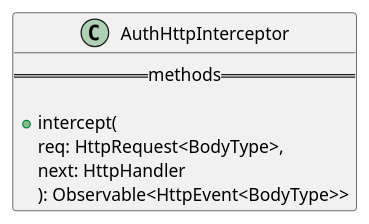
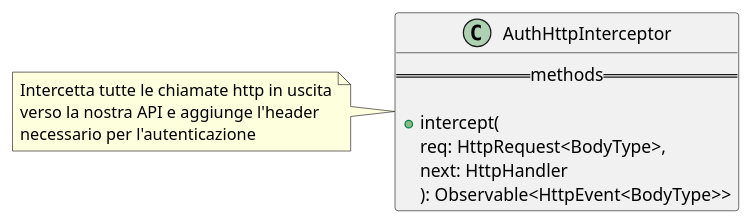
One commit to GruppOne/stalker-web-app changed the diagram in docs/diagrams/services/auth-http-interceptorservice.pu. Above: the diagram before and after it, drawn with PlantUML. The commit also changed 10 other files, not shown here.

Commit message:
docs: fix general class diagram and add feature class diagrams

```diff
--- a/docs/diagrams/services/auth-http-interceptorservice.pu
+++ b/docs/diagrams/services/auth-http-interceptorservice.pu
@@ -1,10 +1,16 @@
 @startuml AuthHttpInterceptor
 class AuthHttpInterceptor {
   == methods ==
 
   + intercept(
     req: HttpRequest<BodyType>,
     next: HttpHandler
     ): Observable<HttpEvent<BodyType>>
 }
+
+note left of AuthHttpInterceptor
+Intercetta tutte le chiamate http in uscita
+verso la nostra API e aggiunge l'header
+necessario per l'autenticazione
+end note
 @enduml
```
